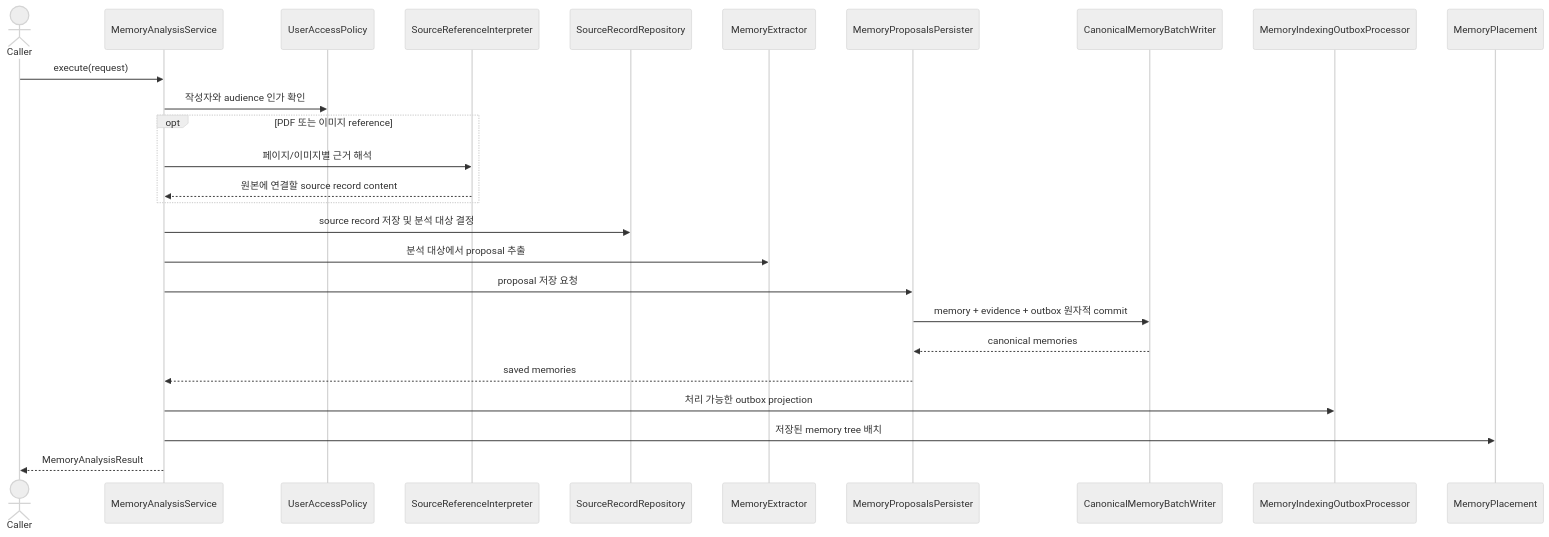
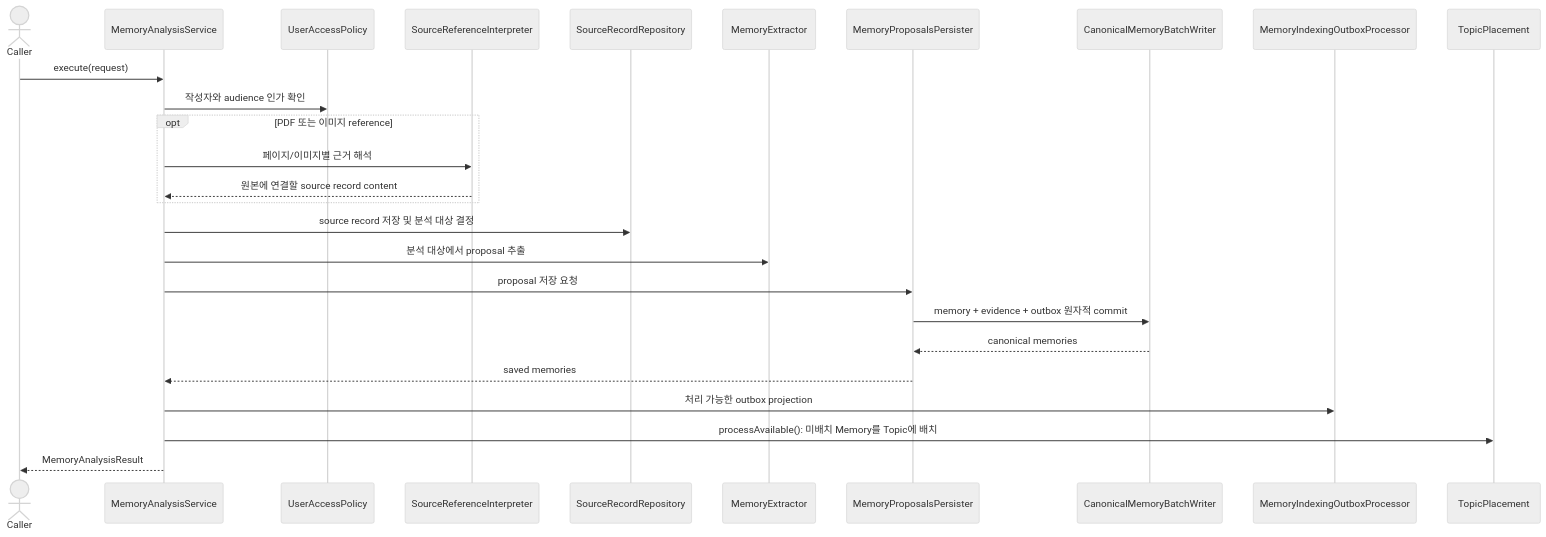
Before and after one commit to magenta1223/home_assistant: the first of 2 diagrams in application/src/main/kotlin/com/homeassistant/application/usecase/README.md, drawn with Mermaid (neutral theme). The commit also changed other lines of this file and 28 other files, not shown here.

Commit message:
refactor: replace Memory tree placement with Topic workflow

````diff
--- a/application/src/main/kotlin/com/homeassistant/application/usecase/README.md
+++ b/application/src/main/kotlin/com/homeassistant/application/usecase/README.md
@@ -22,29 +22,29 @@
 ```mermaid
 sequenceDiagram
     actor Caller
     participant Analysis as MemoryAnalysisService
     participant Access as UserAccessPolicy
     participant Reference as SourceReferenceInterpreter
     participant Sources as SourceRecordRepository
     participant Extractor as MemoryExtractor
     participant Writer as MemoryProposalsPersister
     participant DB as CanonicalMemoryBatchWriter
     participant Indexing as MemoryIndexingOutboxProcessor
-    participant Placement as MemoryPlacement
+    participant Placement as TopicPlacement
 
     Caller->>Analysis: execute(request)
     Analysis->>Access: 작성자와 audience 인가 확인
     opt PDF 또는 이미지 reference
         Analysis->>Reference: 페이지/이미지별 근거 해석
         Reference-->>Analysis: 원본에 연결할 source record content
     end
     Analysis->>Sources: source record 저장 및 분석 대상 결정
     Analysis->>Extractor: 분석 대상에서 proposal 추출
     Analysis->>Writer: proposal 저장 요청
     Writer->>DB: memory + evidence + outbox 원자적 commit
     DB-->>Writer: canonical memories
     Writer-->>Analysis: saved memories
     Analysis->>Indexing: 처리 가능한 outbox projection
-    Analysis->>Placement: 저장된 memory tree 배치
+    Analysis->>Placement: processAvailable(): 미배치 Memory를 Topic에 배치
     Analysis-->>Caller: MemoryAnalysisResult
 ```
````
